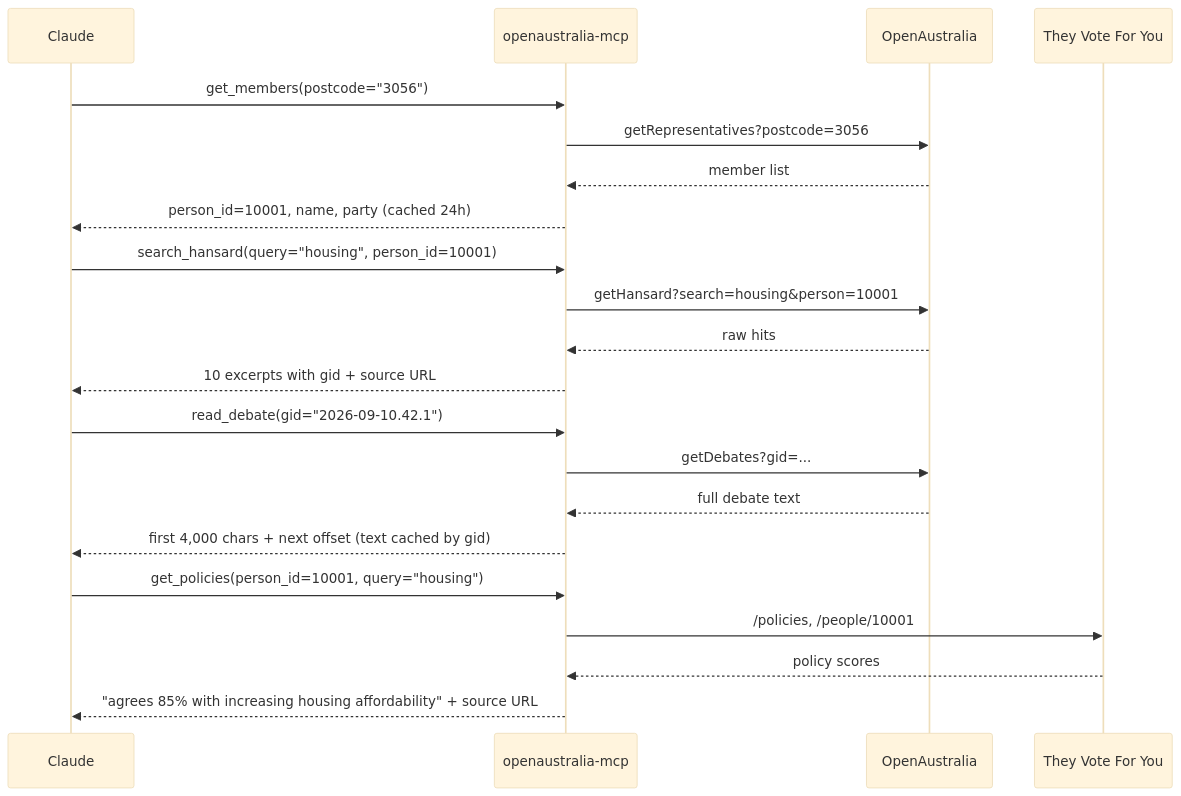
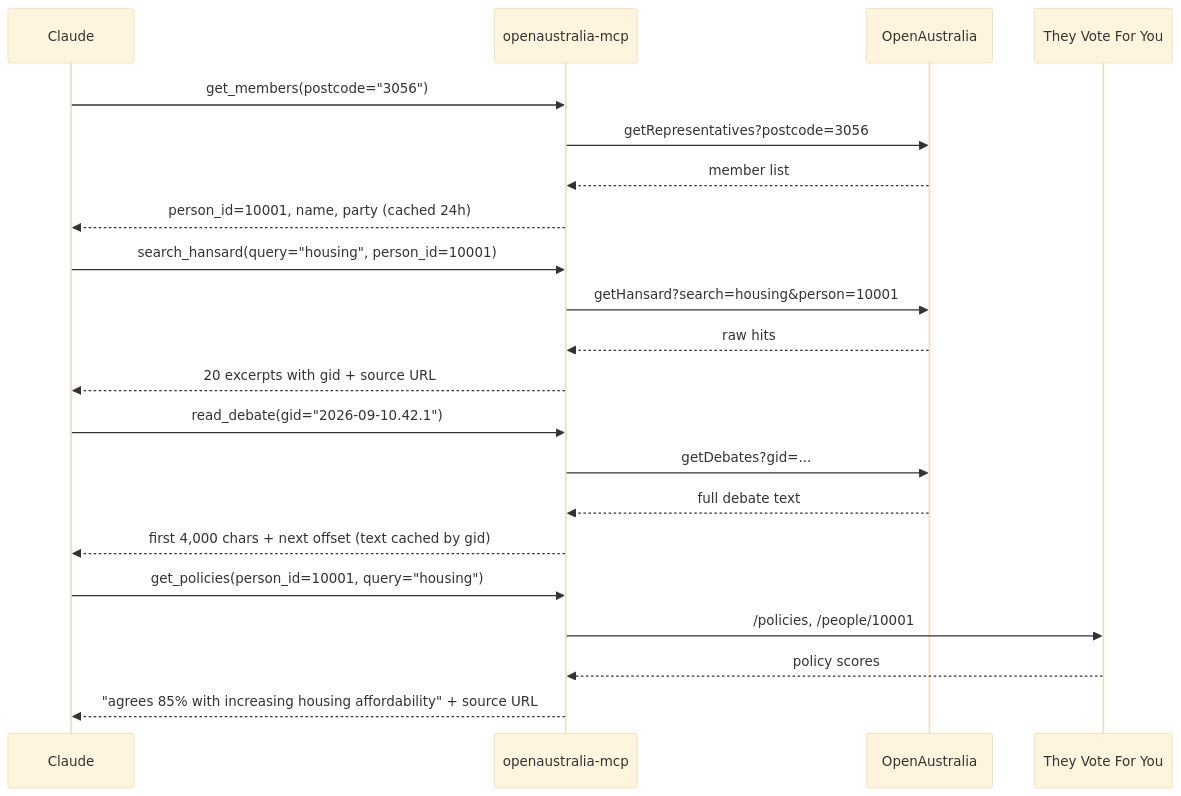
Before and after one commit to jeremiah-wa/openaustralia-mcp: the third of 6 diagrams in docs/architecture.md, drawn with Mermaid (base theme). The commit also changed other lines of this file, not shown here.

````diff
--- a/docs/architecture.md
+++ b/docs/architecture.md
@@ -104,27 +107,27 @@
 ```mermaid
 sequenceDiagram
     participant C as Claude
     participant S as openaustralia-mcp
     participant OA as OpenAustralia
     participant TV as They Vote For You
 
     C->>S: get_members(postcode="3056")
     S->>OA: getRepresentatives?postcode=3056
     OA-->>S: member list
     S-->>C: person_id=10001, name, party (cached 24h)
 
     C->>S: search_hansard(query="housing", person_id=10001)
     S->>OA: getHansard?search=housing&person=10001
     OA-->>S: raw hits
-    S-->>C: 10 excerpts with gid + source URL
+    S-->>C: 20 excerpts with gid + source URL
 
     C->>S: read_debate(gid="2026-09-10.42.1")
     S->>OA: getDebates?gid=...
     OA-->>S: full debate text
     S-->>C: first 4,000 chars + next offset (text cached by gid)
 
     C->>S: get_policies(person_id=10001, query="housing")
     S->>TV: /policies, /people/10001
     TV-->>S: policy scores
     S-->>C: "agrees 85% with increasing housing affordability" + source URL
 ```
````
